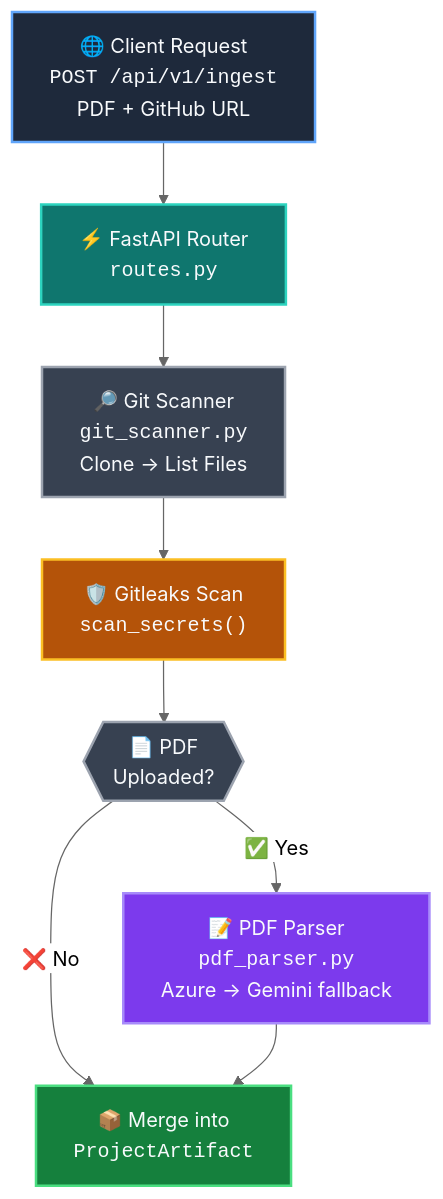
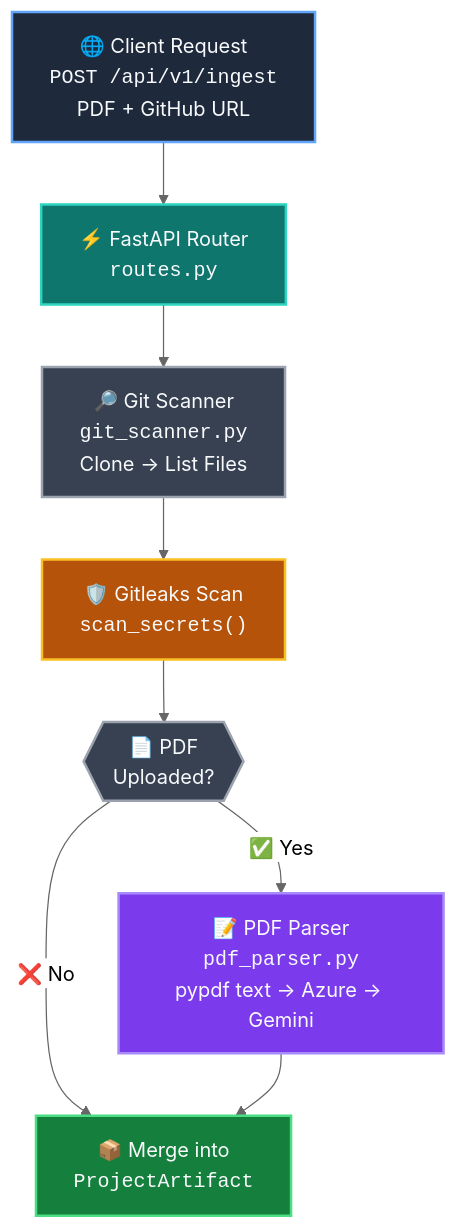
The second of 6 diagrams in README.md (Nits02/aerae-accelerator), drawn with Mermaid (neutral theme) before and after one commit. The commit also changed other lines of this file and 5 other files, not shown here.

First line of the commit message:
fix: PDF upload & text-based parsing, update README

````diff
--- a/README.md
+++ b/README.md
@@ -138,26 +139,26 @@
 ```mermaid
 flowchart TD
     classDef clientStyle fill:#1e293b,stroke:#60a5fa,stroke-width:2px,color:#f8fafc
     classDef routerStyle fill:#0f766e,stroke:#2dd4bf,stroke-width:2px,color:#f8fafc
     classDef serviceStyle fill:#374151,stroke:#9ca3af,stroke-width:2px,color:#f8fafc
     classDef geminiStyle fill:#1e40af,stroke:#60a5fa,stroke-width:2px,color:#f8fafc
     classDef azureStyle fill:#7c3aed,stroke:#a78bfa,stroke-width:2px,color:#f8fafc
     classDef successStyle fill:#15803d,stroke:#4ade80,stroke-width:2px,color:#f8fafc
     classDef scanStyle fill:#b45309,stroke:#fbbf24,stroke-width:2px,color:#f8fafc
 
     J["🌐 Client Request<br><code>POST /api/v1/ingest</code><br>PDF + GitHub URL"]:::clientStyle
     K["⚡ FastAPI Router<br><code>routes.py</code>"]:::routerStyle
     L["🔎 Git Scanner<br><code>git_scanner.py</code><br>Clone → List Files"]:::serviceStyle
     M["🛡️ Gitleaks Scan<br><code>scan_secrets()</code>"]:::scanStyle
     N{{"📄 PDF<br>Uploaded?"}}:::serviceStyle
-    O["📝 PDF Parser<br><code>pdf_parser.py</code><br>Azure → Gemini fallback"]:::azureStyle
+    O["📝 PDF Parser<br><code>pdf_parser.py</code><br>pypdf text → Azure → Gemini"]:::azureStyle
     P["📦 Merge into<br><code>ProjectArtifact</code>"]:::successStyle
 
     J --> K
     K --> L
     L --> M
     M --> N
     N -- "✅ Yes" --> O
     N -- "❌ No" --> P
     O --> P
 ```
````
